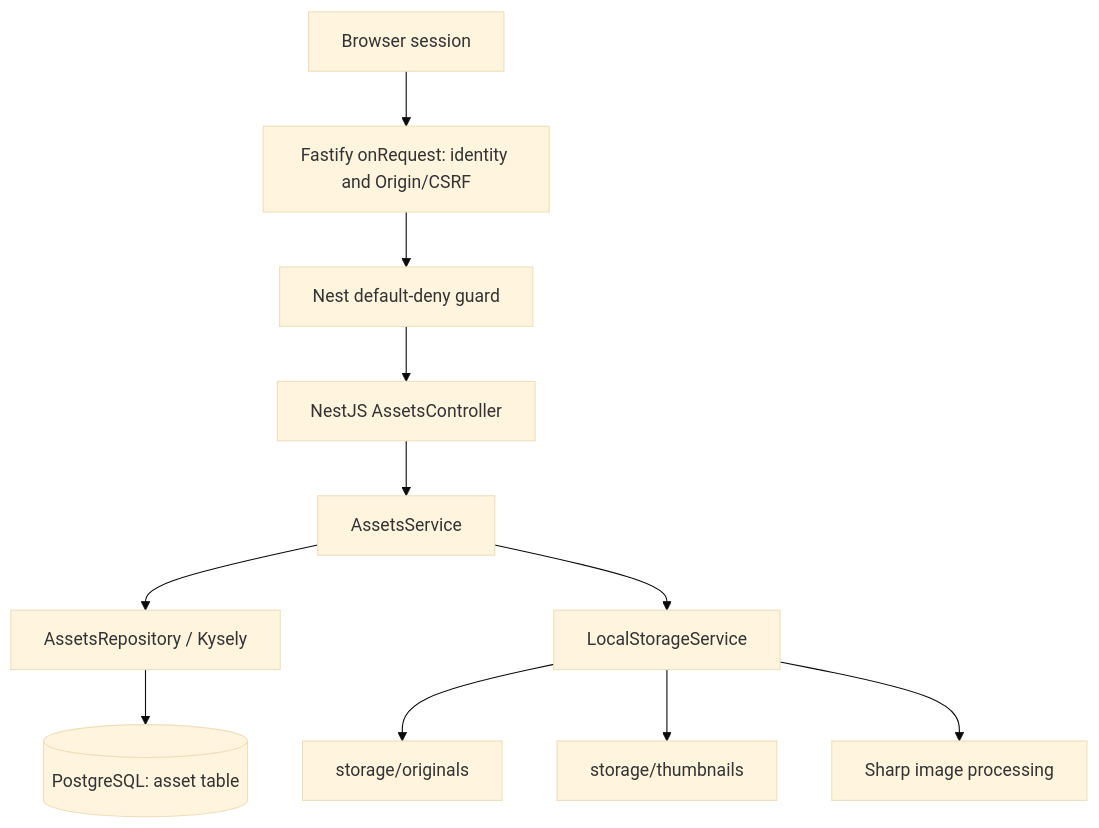
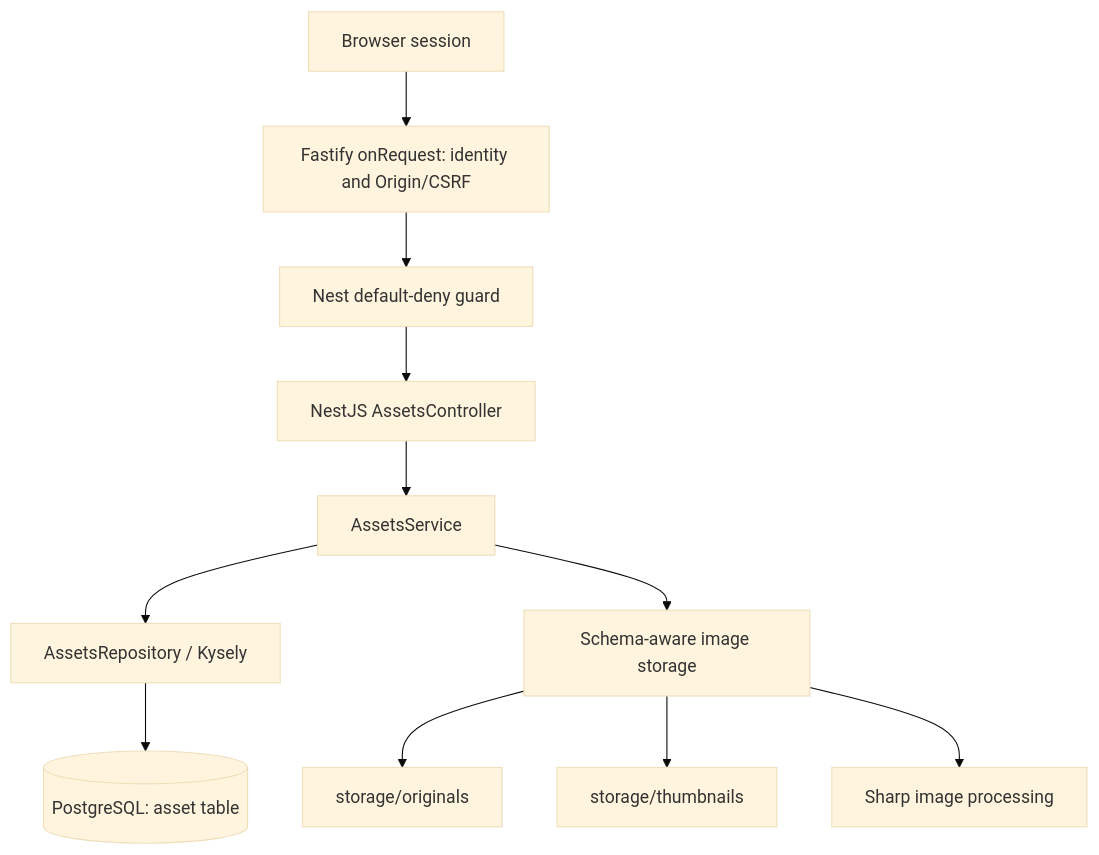
Before and after one commit to saefr-app/saefr-photos: the diagram in docs/architecture.md, drawn with Mermaid (base theme). The commit also changed other lines of this file and 15 other files, not shown here.

````diff
--- a/docs/architecture.md
+++ b/docs/architecture.md
@@ -28,13 +28,13 @@
 ```mermaid
 flowchart TD
   Client[Browser session] --> Gate[Fastify onRequest: identity and Origin/CSRF]
   Gate --> Guard[Nest default-deny guard]
   Guard --> Controller[NestJS AssetsController]
   Controller --> Service[AssetsService]
   Service --> Repo[AssetsRepository / Kysely]
   Repo --> DB[(PostgreSQL: asset table)]
-  Service --> Storage[LocalStorageService]
+  Service --> Storage[Schema-aware image storage]
   Storage --> Originals[storage/originals]
   Storage --> Thumbs[storage/thumbnails]
   Storage --> Sharp[Sharp image processing]
 ```
````
